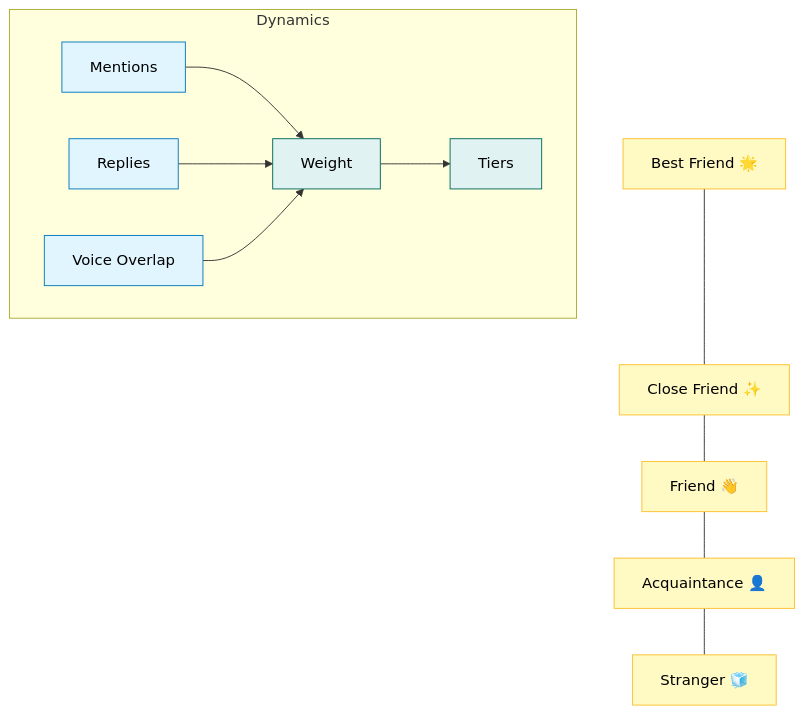
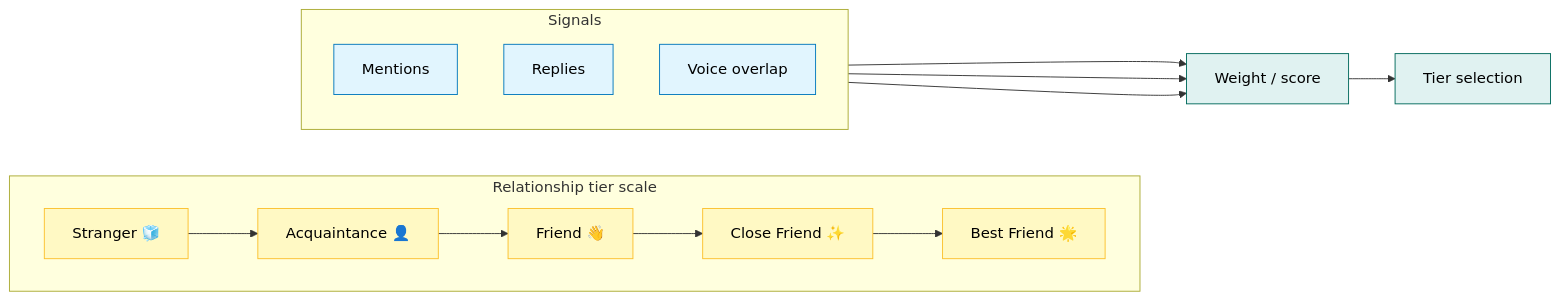
One commit to BokX1/Sage changed the second of 2 diagrams in docs/architecture/memory_system.md. Above: the diagram before and after it, drawn with Mermaid. The commit also changed other lines of this file and 16 other files, not shown here.

````diff
--- a/docs/architecture/memory_system.md
+++ b/docs/architecture/memory_system.md
@@ -157,19 +182,24 @@
 ```mermaid
-graph TD
-    %% Styling
+flowchart LR
+    %% Relationship tiers are derived from interaction signals.
     classDef tier fill:#fff9c4,stroke:#fbc02d,color:black
     classDef input fill:#e1f5fe,stroke:#0277bd,color:black
     classDef logic fill:#e0f2f1,stroke:#00695c,color:black
 
-    A[Best Friend 🌟]:::tier --- B[Close Friend ✨]:::tier
-    B --- C[Friend 👋]:::tier
-    C --- D[Acquaintance 👤]:::tier
-    D --- E[Stranger 🧊]:::tier
+    subgraph Tier_Scale["Relationship tier scale"]
+        direction LR
+        A[Stranger 🧊]:::tier --> B[Acquaintance 👤]:::tier --> C[Friend 👋]:::tier --> D[Close Friend ✨]:::tier --> E[Best Friend 🌟]:::tier
+    end
 
-    subgraph Dynamics
-    F[Mentions]:::input --> Weight:::logic
-    G[Replies]:::input --> Weight
-    H[Voice Overlap]:::input --> Weight
-    Weight --> Tiers:::logic
+    subgraph Signals
+        direction TB
+        F[Mentions]:::input
+        G[Replies]:::input
+        H[Voice overlap]:::input
     end
+
+    F --> W[Weight / score]:::logic
+    G --> W
+    H --> W
+    W --> T[Tier selection]:::logic
 ```
````
